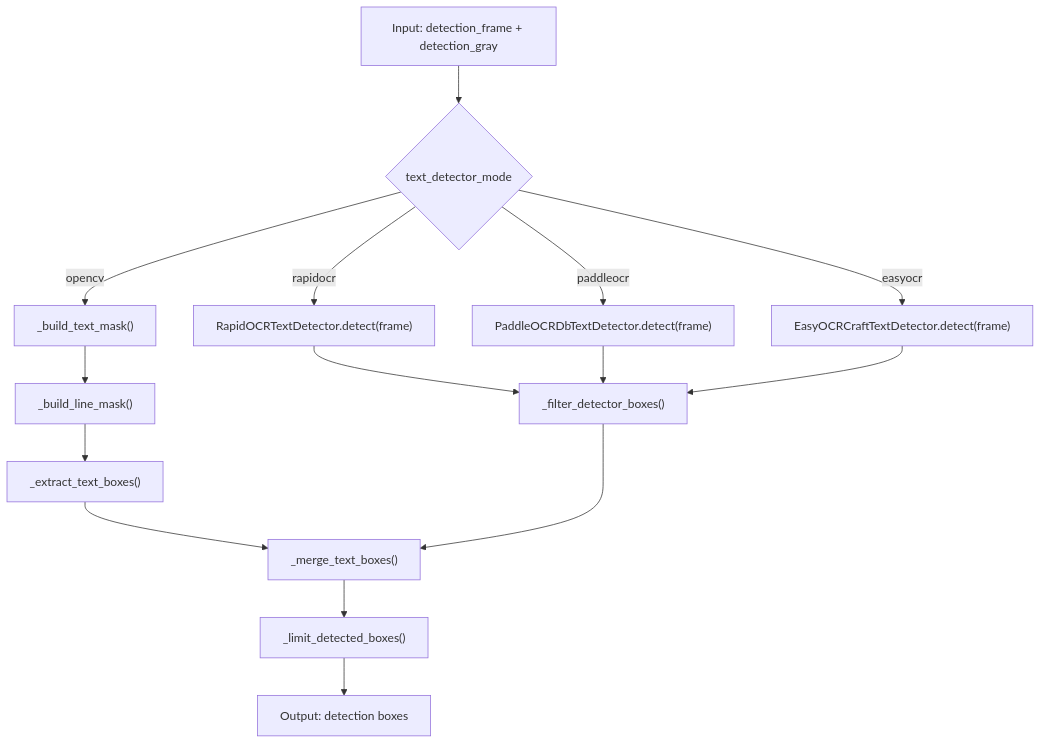
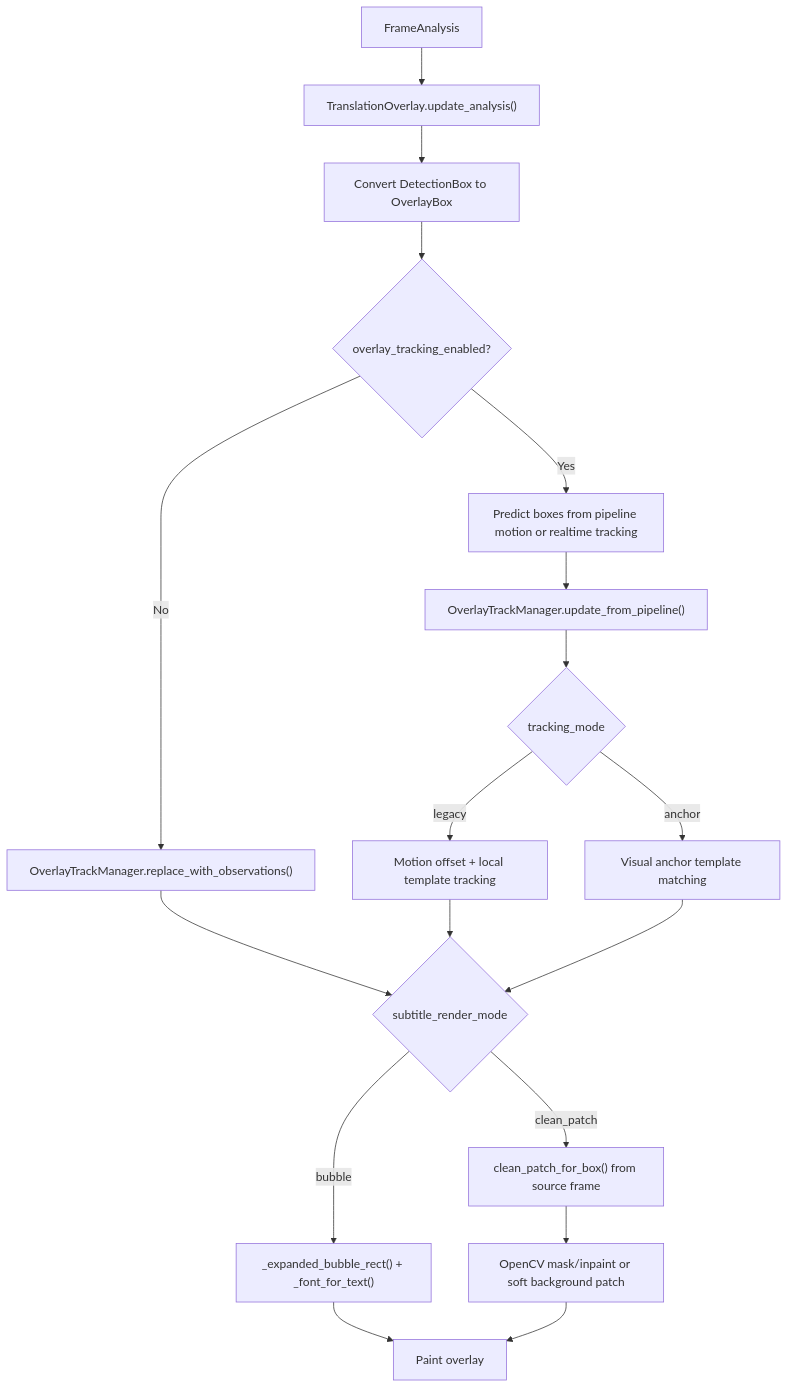
The sixth of 9 diagrams in PIPELINE_MERMAID.md (BU-Pacharapol-Ardsang/ScreenLens-Detection), drawn with Mermaid before and after one commit. The commit also changed other lines of this file and 4 other files, not shown here.

````diff
--- a/PIPELINE_MERMAID.md
+++ b/PIPELINE_MERMAID.md
@@ -247,21 +228,24 @@
 ```mermaid
 flowchart TD
-    A["Input: detection_frame + detection_gray"] --> B{"text_detector_mode"}
+    A["FrameAnalysis"] --> B["TranslationOverlay.update_analysis()"]
+    B --> C["Convert DetectionBox to OverlayBox"]
+    C --> D{"overlay_tracking_enabled?"}
 
-    B -->|opencv| C["_build_text_mask()"]
-    C --> D["_build_line_mask()"]
-    D --> E["_extract_text_boxes()"]
+    D -->|No| E["OverlayTrackManager.replace_with_observations()"]
+    D -->|Yes| F["Predict boxes from pipeline motion or realtime tracking"]
+    F --> G["OverlayTrackManager.update_from_pipeline()"]
+    G --> H{"tracking_mode"}
 
-    B -->|rapidocr| F["RapidOCRTextDetector.detect(frame)"]
-    B -->|paddleocr| G["PaddleOCRDbTextDetector.detect(frame)"]
-    B -->|easyocr| H["EasyOCRCraftTextDetector.detect(frame)"]
+    H -->|legacy| I["Motion offset + local template tracking"]
+    H -->|anchor| J["Visual anchor template matching"]
 
-    F --> I["_filter_detector_boxes()"]
-    G --> I
-    H --> I
+    E --> K{"subtitle_render_mode"}
+    I --> K
+    J --> K
 
-    E --> J["_merge_text_boxes()"]
-    I --> J
-    J --> K["_limit_detected_boxes()"]
-    K --> L["Output: detection boxes"]
+    K -->|bubble| L["_expanded_bubble_rect() + _font_for_text()"]
+    K -->|clean_patch| M["clean_patch_for_box() from source frame"]
+    M --> N["OpenCV mask/inpaint or soft background patch"]
+    L --> O["Paint overlay"]
+    N --> O
 ```
````
